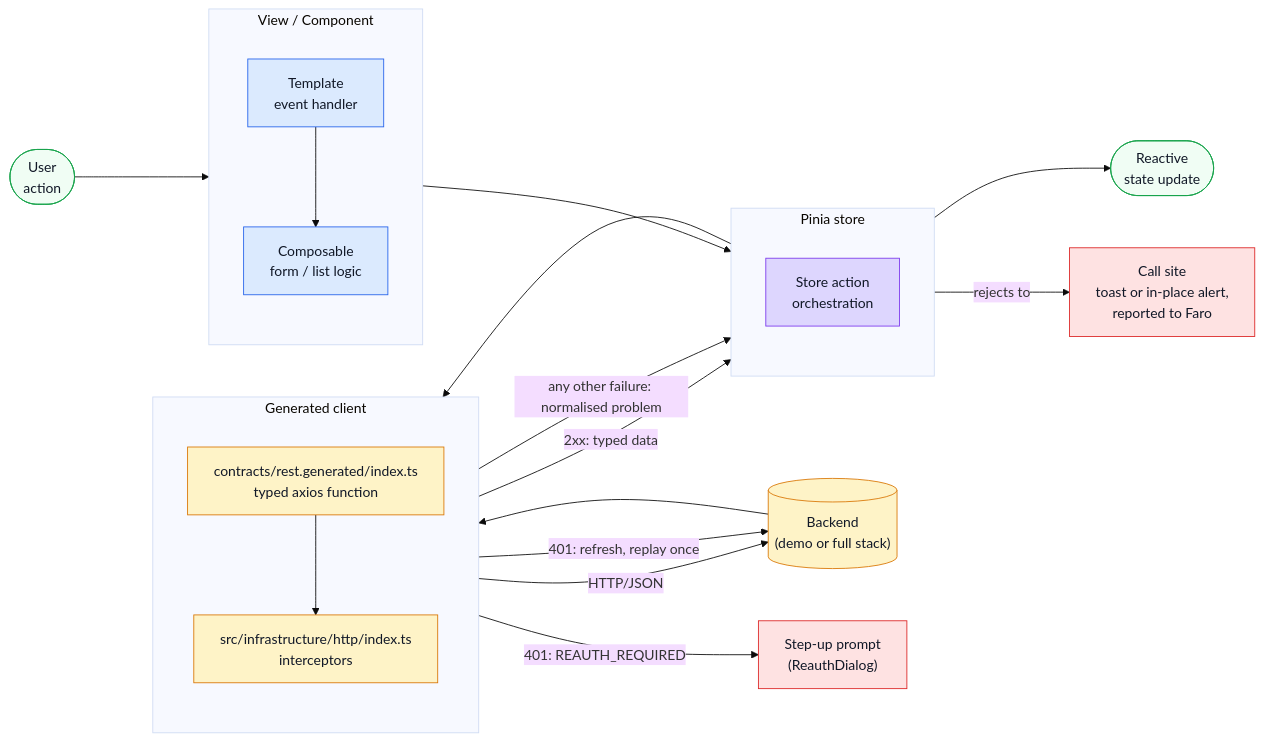
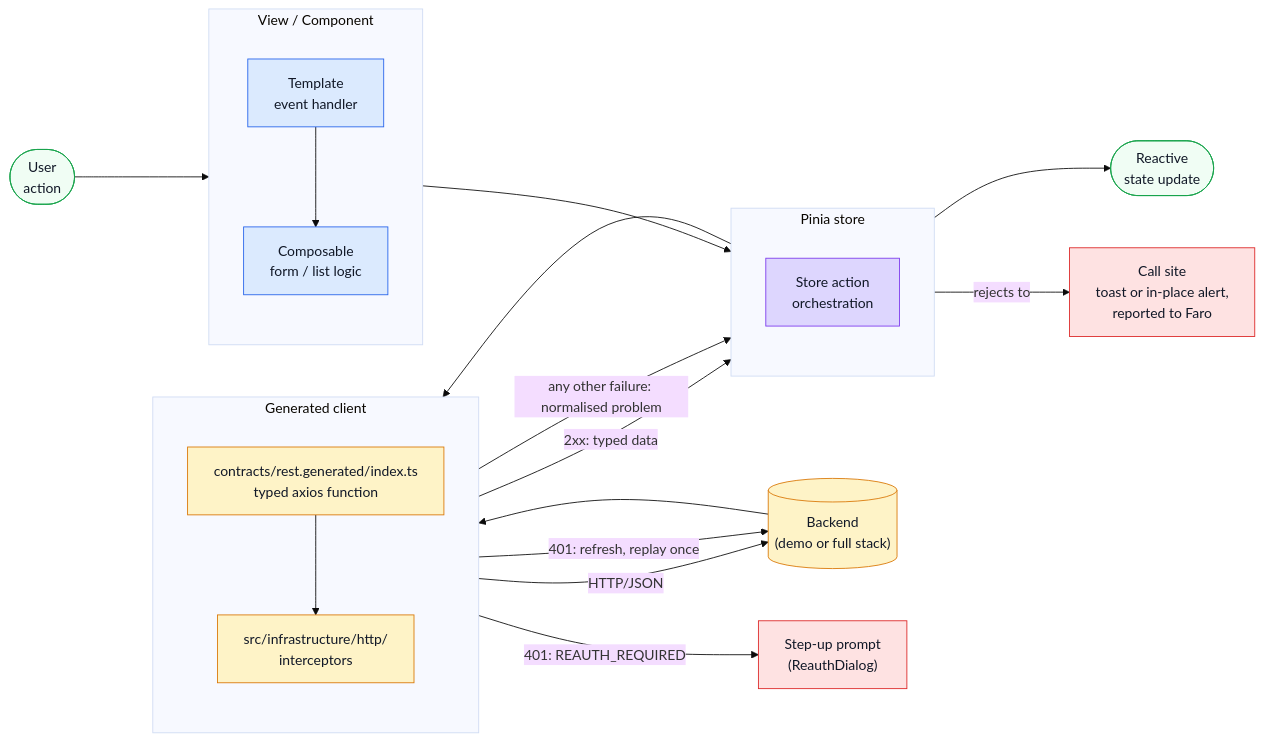
Before and after one commit to Guebbit/boilerplate-vue-frontend: the first of 2 diagrams in docs/understand/request-flow.md, drawn with Mermaid (base theme). The commit also changed other lines of this file and 67 other files, not shown here.

````diff
--- a/docs/understand/request-flow.md
+++ b/docs/understand/request-flow.md
@@ -10,52 +12,52 @@
 ```mermaid
 %%{init: {'flowchart': {'nodeSpacing': 60, 'rankSpacing': 90}}}%%
 flowchart LR
     User(["User\naction"])
 
     subgraph View ["View / Component"]
         direction TB
         Template["Template\nevent handler"]
         Comp["Composable\nform / list logic"]
         Template --> Comp
     end
 
     subgraph State ["Pinia store"]
         direction TB
         Store["Store action\norchestration"]
     end
 
     subgraph Client ["Generated client"]
         direction TB
         Fn["contracts/rest.generated/index.ts\ntyped axios function"]
-        HTTP["src/infrastructure/http/index.ts\ninterceptors"]
+        HTTP["src/infrastructure/http/\ninterceptors"]
         Fn --> HTTP
     end
 
     Backend[("Backend\n(demo or full stack)")]
     Resp(["Reactive\nstate update"])
 
     User --> Template
     Comp --> Store
     Store --> Fn
     HTTP -->|HTTP/JSON| Backend
     Backend --> HTTP
 
     HTTP -->|"2xx: typed data"| Store
     Store --> Resp
     HTTP -->|"401: refresh, replay once"| Backend
     HTTP -->|"401: REAUTH_REQUIRED"| Step["Step-up prompt\n(ReauthDialog)"]
     HTTP -->|"any other failure: normalised problem"| Store
     Store -->|rejects to| Caller["Call site\ntoast or in-place alert,\nreported to Faro"]
 
     classDef user fill:#f0fdf4,stroke:#16a34a,color:#111827;
     classDef view fill:#dbeafe,stroke:#2563eb,color:#111827;
     classDef store fill:#ddd6fe,stroke:#7c3aed,color:#111827;
     classDef http fill:#fef3c7,stroke:#d97706,color:#111827;
     classDef err fill:#fee2e2,stroke:#dc2626,color:#111827;
 
     class User,Resp user;
     class Template,Comp view;
     class Store store;
     class Fn,HTTP,Backend http;
     class Step,Caller err;
 ```
````
